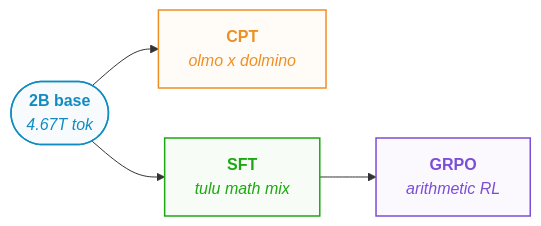
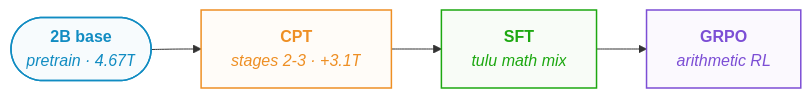
Before and after one commit to saforem2/sam.onl: the third of 7 diagrams in web/src/pages/talks/2026/07/14/index.mdx, drawn with Mermaid. The commit also changed other lines of this file, not shown here.

Commit message:
fix(talks): post-training pipeline is linear (base -> CPT -> SFT -> GRPO)

````diff
--- a/web/src/pages/talks/2026/07/14/index.mdx
+++ b/web/src/pages/talks/2026/07/14/index.mdx
@@ -1006,16 +1006,16 @@
 ```mermaid
 flowchart LR
-    BASE(["<span style='font-weight:700'>2B base</span><br/><i>4.67T tok</i>"])
-    BASE --> CPT["<span style='font-weight:700'>CPT</span><br/><i>olmo x dolmino</i>"]
-    BASE --> SFT["<span style='font-weight:700'>SFT</span><br/><i>tulu math mix</i>"]
+    BASE(["<span style='font-weight:700'>2B base</span><br/><i>pretrain · 4.67T</i>"])
+    BASE --> CPT["<span style='font-weight:700'>CPT</span><br/><i>stages 2-3 · +3.1T</i>"]
+    CPT --> SFT["<span style='font-weight:700'>SFT</span><br/><i>tulu math mix</i>"]
     SFT --> GRPO["<span style='font-weight:700'>GRPO</span><br/><i>arithmetic RL</i>"]
 
     classDef base fill:#118cc208,stroke:#118cc2,color:#118cc2,stroke-width:1.5px
     classDef cpt  fill:#ee8f2408,stroke:#ee8f24,color:#ee8f24,stroke-width:1.5px
     classDef sft  fill:#1da81108,stroke:#1da811,color:#1da811,stroke-width:1.5px
     classDef rl   fill:#7c4ed508,stroke:#7c4ed5,color:#7c4ed5,stroke-width:1.5px
     class BASE base
     class CPT cpt
     class SFT sft
     class GRPO rl
 ```
````
